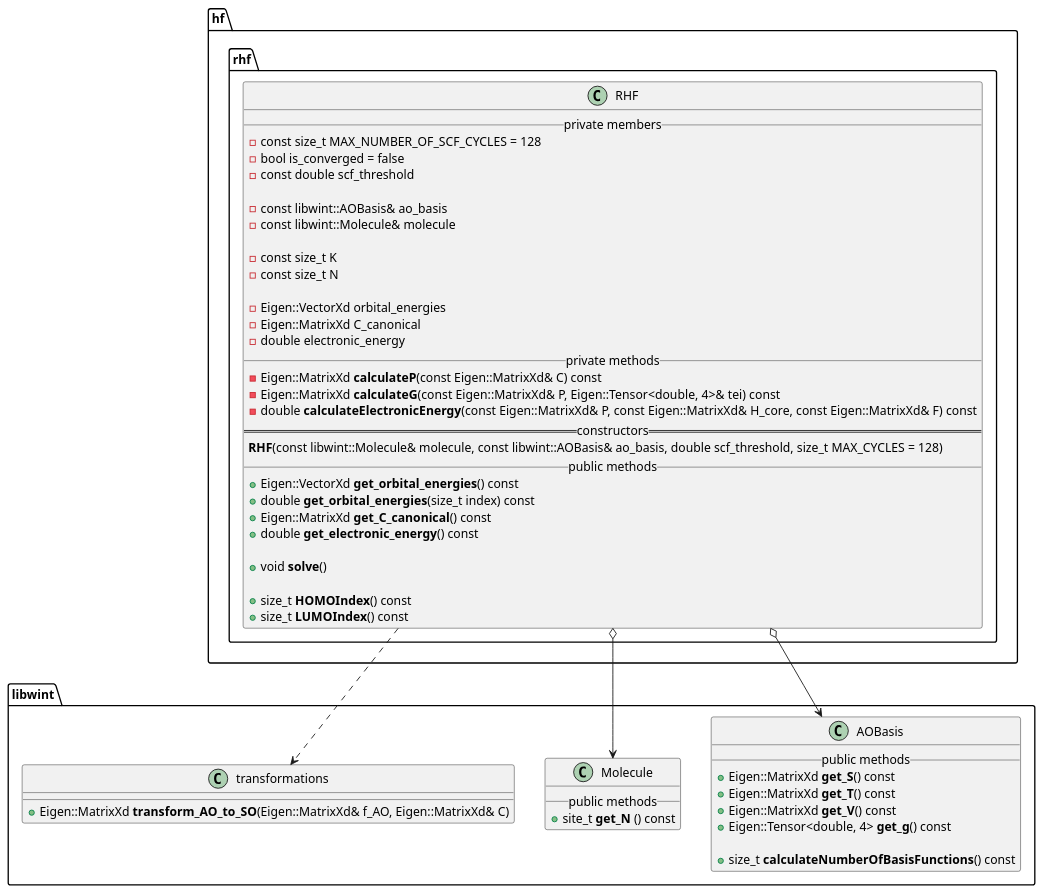
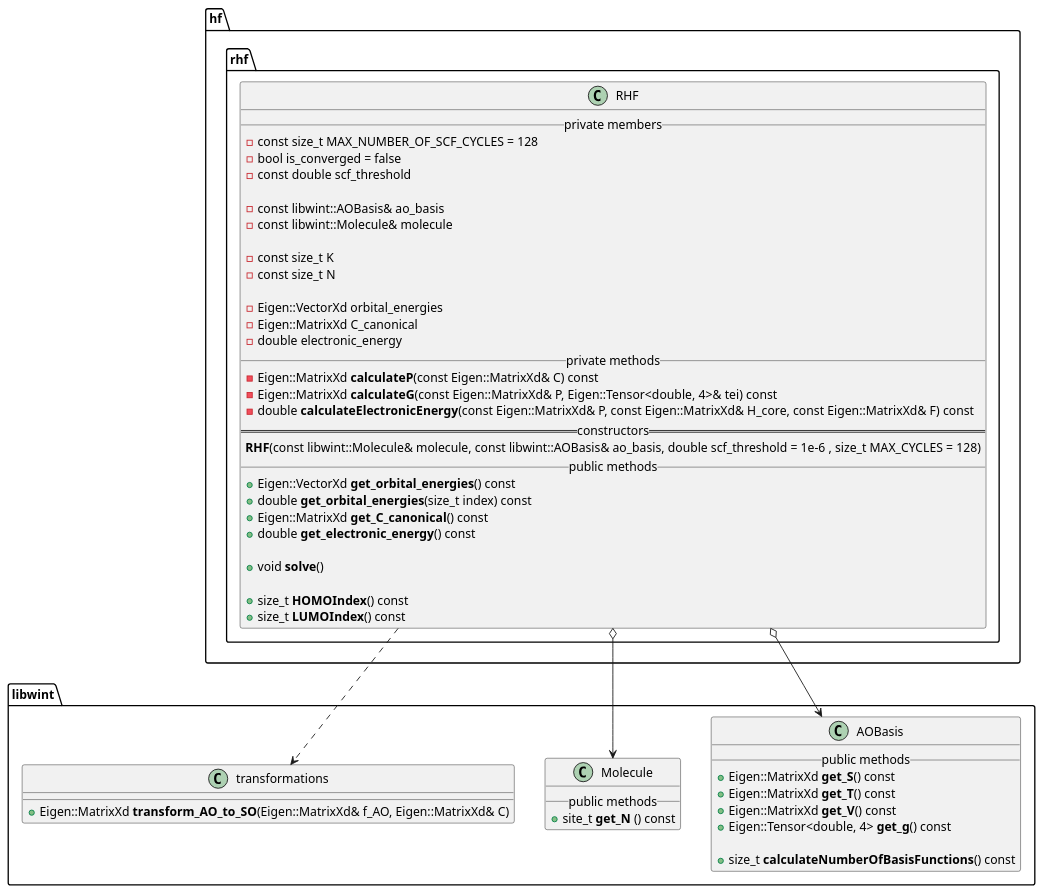
One commit to tmhuysen/hf changed the diagram in docs/hf.puml. Above: the diagram before and after it, drawn with PlantUML. The commit also changed 2 other files, not shown here.

Commit message:
default threshold

```diff
--- a/docs/hf.puml
+++ b/docs/hf.puml
@@ -1,76 +1,76 @@
 @startuml
 
 
 namespace libwint {
 
     class AOBasis {
         __ public methods __
             + Eigen::MatrixXd **get_S**() const
             + Eigen::MatrixXd **get_T**() const
             + Eigen::MatrixXd **get_V**() const
             + Eigen::Tensor<double, 4> **get_g**() const
 
             + size_t **calculateNumberOfBasisFunctions**() const
     }
 
 
     class Molecule {
         __ public methods __
             + site_t **get_N** () const
     }
 
 
     class transformations {
         + Eigen::MatrixXd **transform_AO_to_SO**(Eigen::MatrixXd& f_AO, Eigen::MatrixXd& C)
     }
 
 }
 
 
 namespace hf {
     namespace rhf {
 
         class RHF {
             __ private members __
                 - const size_t MAX_NUMBER_OF_SCF_CYCLES = 128
                 - bool is_converged = false
                 - const double scf_threshold
 
                 - const libwint::AOBasis& ao_basis
                 - const libwint::Molecule& molecule
 
                 - const size_t K
                 - const size_t N
 
                 - Eigen::VectorXd orbital_energies
                 - Eigen::MatrixXd C_canonical
                 - double electronic_energy
             __ private methods __
                 - Eigen::MatrixXd **calculateP**(const Eigen::MatrixXd& C) const
                 - Eigen::MatrixXd **calculateG**(const Eigen::MatrixXd& P, Eigen::Tensor<double, 4>& tei) const
                 - double **calculateElectronicEnergy**(const Eigen::MatrixXd& P, const Eigen::MatrixXd& H_core, const Eigen::MatrixXd& F) const
             == constructors ==
-                **RHF**(const libwint::Molecule& molecule, const libwint::AOBasis& ao_basis, double scf_threshold, size_t MAX_CYCLES = 128)
+                **RHF**(const libwint::Molecule& molecule, const libwint::AOBasis& ao_basis, double scf_threshold = 1e-6 , size_t MAX_CYCLES = 128)
             __ public methods __
                 + Eigen::VectorXd **get_orbital_energies**() const
                 + double **get_orbital_energies**(size_t index) const
                 + Eigen::MatrixXd **get_C_canonical**() const
                 + double **get_electronic_energy**() const
 
                 + void **solve**()
 
                 + size_t **HOMOIndex**() const
                 + size_t **LUMOIndex**() const
         }
     }
 }
 
 
 
 hf.rhf.RHF o--> libwint.AOBasis
 
 hf.rhf.RHF o--> libwint.Molecule
 
 hf.rhf.RHF ..> libwint.transformations
 
 @enduml
```
